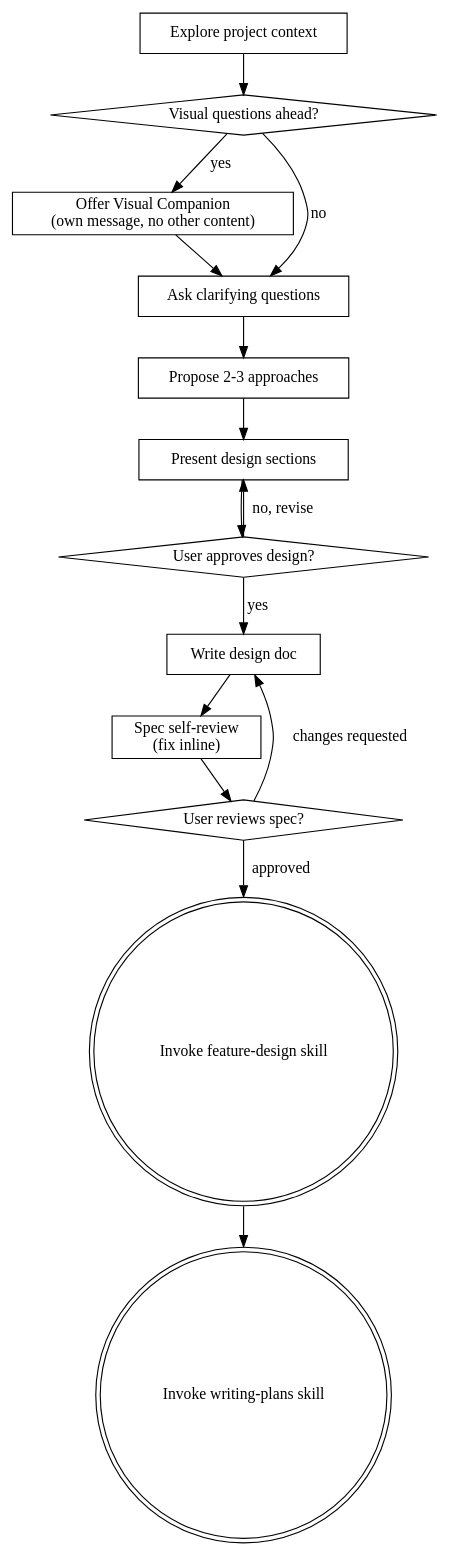
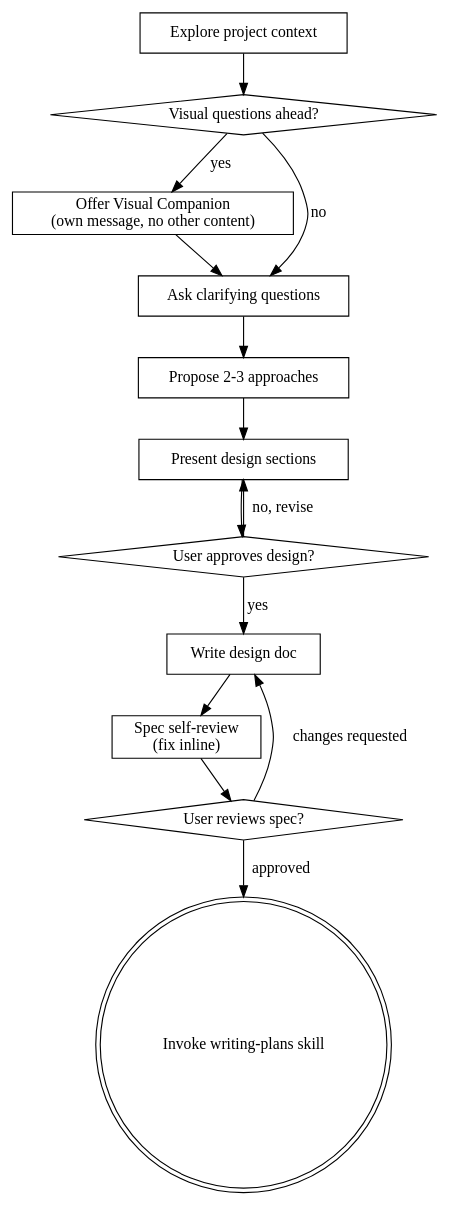
One commit to florian23/superflowers changed the diagram in skills/brainstorming/SKILL.md. Above: the diagram before and after it, drawn with Graphviz. The commit also changed other lines of this file and 6 other files, not shown here.

````diff
--- a/skills/brainstorming/SKILL.md
+++ b/skills/brainstorming/SKILL.md
@@ -49,32 +36,29 @@
 ```dot
 digraph brainstorming {
     "Explore project context" [shape=box];
     "Visual questions ahead?" [shape=diamond];
     "Offer Visual Companion\n(own message, no other content)" [shape=box];
     "Ask clarifying questions" [shape=box];
     "Propose 2-3 approaches" [shape=box];
     "Present design sections" [shape=box];
     "User approves design?" [shape=diamond];
     "Write design doc" [shape=box];
     "Spec self-review\n(fix inline)" [shape=box];
     "User reviews spec?" [shape=diamond];
     "Invoke writing-plans skill" [shape=doublecircle];
 
     "Explore project context" -> "Visual questions ahead?";
     "Visual questions ahead?" -> "Offer Visual Companion\n(own message, no other content)" [label="yes"];
     "Visual questions ahead?" -> "Ask clarifying questions" [label="no"];
     "Offer Visual Companion\n(own message, no other content)" -> "Ask clarifying questions";
     "Ask clarifying questions" -> "Propose 2-3 approaches";
     "Propose 2-3 approaches" -> "Present design sections";
     "Present design sections" -> "User approves design?";
     "User approves design?" -> "Present design sections" [label="no, revise"];
     "User approves design?" -> "Write design doc" [label="yes"];
     "Write design doc" -> "Spec self-review\n(fix inline)";
     "Spec self-review\n(fix inline)" -> "User reviews spec?";
     "User reviews spec?" -> "Write design doc" [label="changes requested"];
-    "Invoke feature-design skill" [shape=doublecircle];
-
-    "User reviews spec?" -> "Invoke feature-design skill" [label="approved"];
-    "Invoke feature-design skill" -> "Invoke writing-plans skill";
+    "User reviews spec?" -> "Invoke writing-plans skill" [label="approved"];
 }
 ```
````
